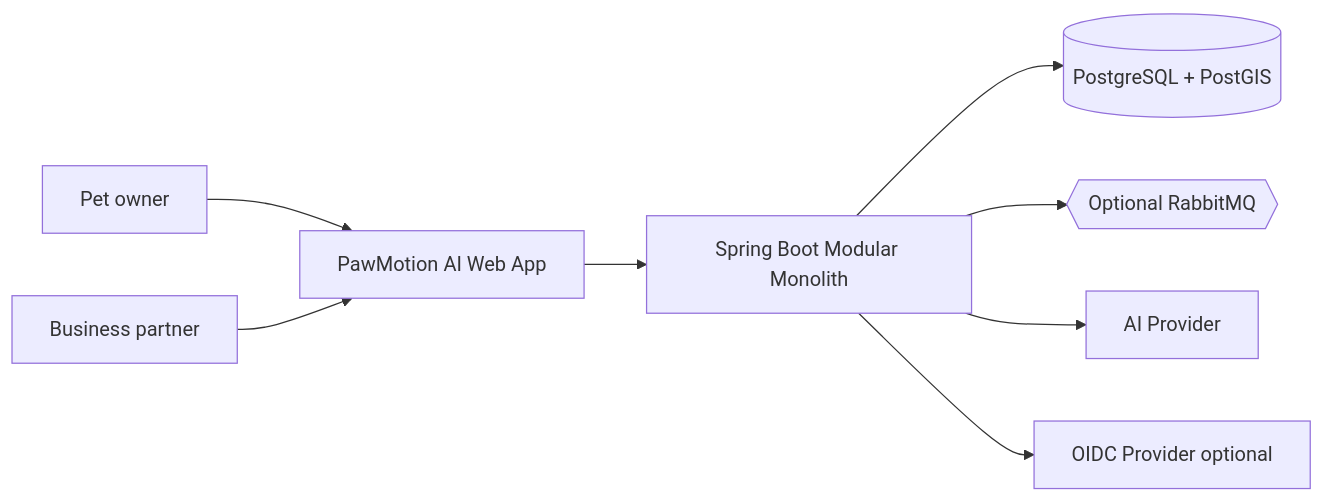
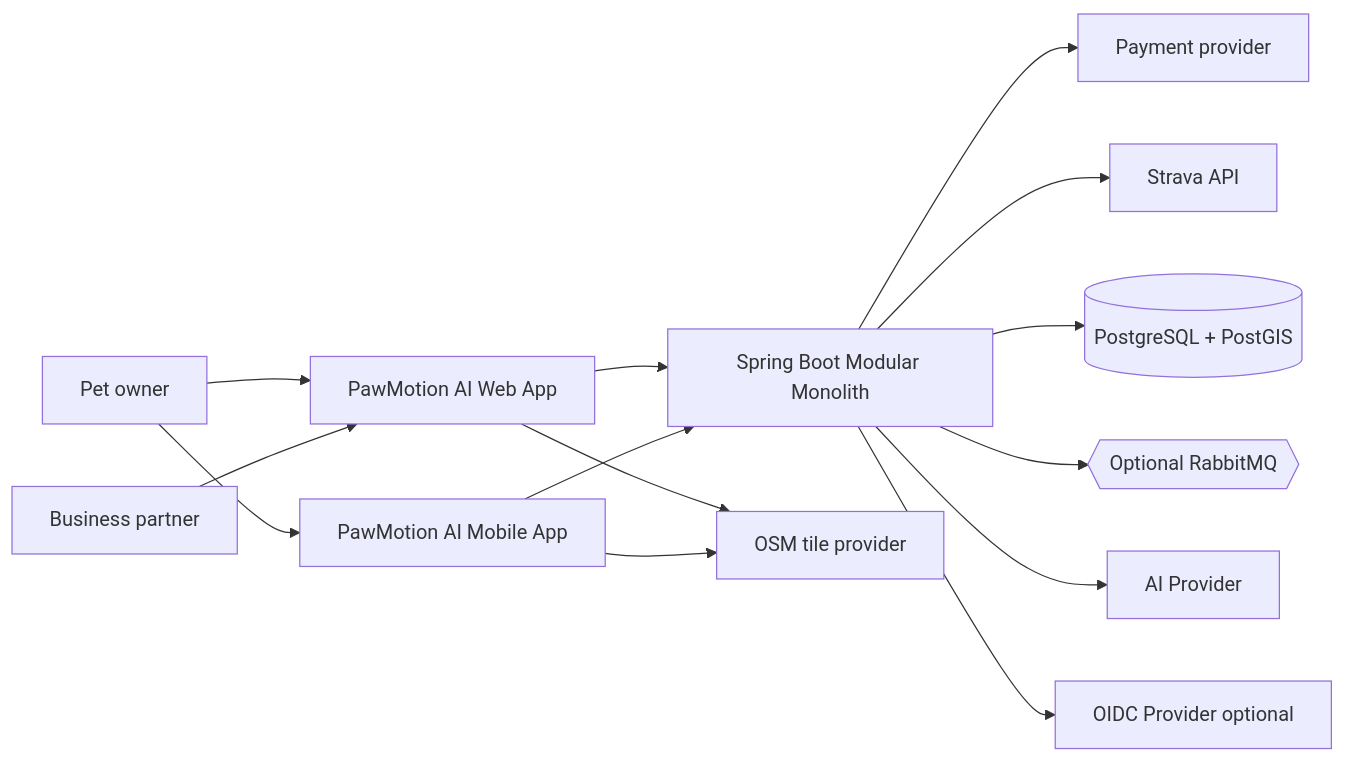
The first of 2 diagrams in docs/design/software-architecture.md (i3focus/paw-motion-ai), drawn with Mermaid before and after one commit. The commit also changed other lines of this file and 21 other files, not shown here.

````diff
--- a/docs/design/software-architecture.md
+++ b/docs/design/software-architecture.md
@@ -9,10 +9,16 @@
 ```mermaid
 flowchart LR
     Owner[Pet owner] --> Web[PawMotion AI Web App]
+    Owner --> Mobile[PawMotion AI Mobile App]
     Partner[Business partner] --> Web
     Web --> API[Spring Boot Modular Monolith]
+    Mobile --> API
+    API --> PSP[Payment provider]
+    API --> Strava[Strava API]
+    Web --> Tiles[OSM tile provider]
+    Mobile --> Tiles
     API --> DB[(PostgreSQL + PostGIS)]
     API --> Broker{{Optional RabbitMQ}}
     API --> AI[AI Provider]
     API --> OIDC[OIDC Provider optional]
 ```
````
